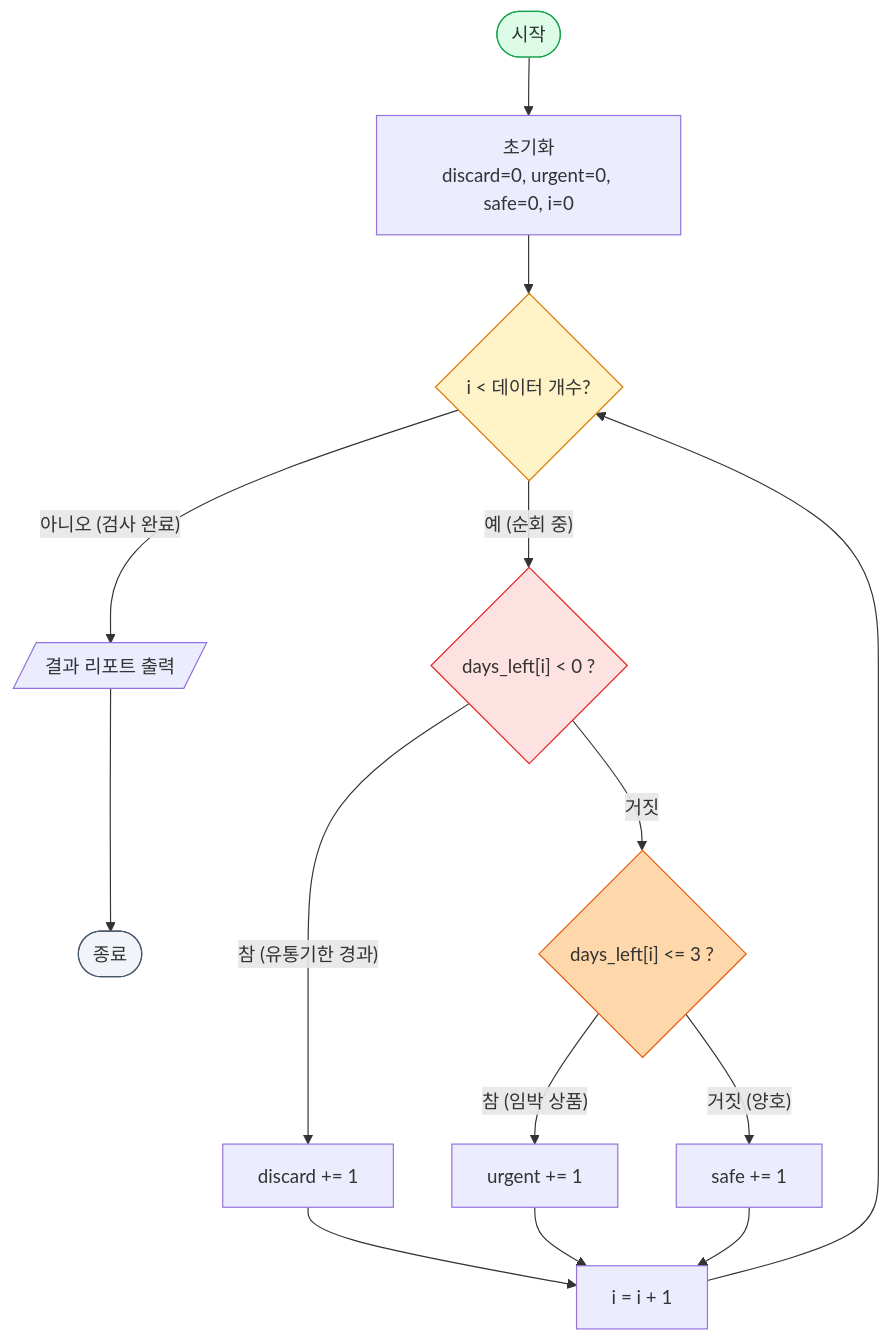
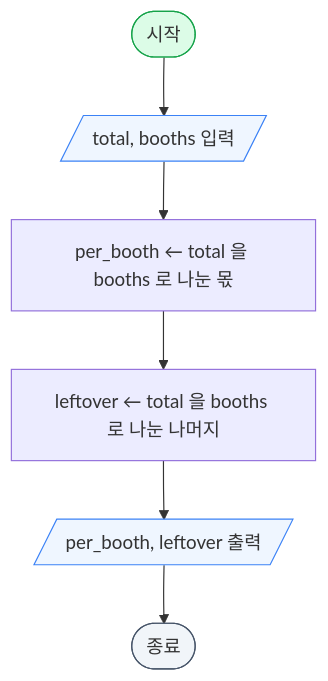
Before and after one commit to phyzikyh/computing: the fourth of 4 diagrams in 강의교재/week03_lecture.qmd, drawn with Mermaid. The commit also changed other lines of this file and 3 other files, not shown here.

````diff
--- a/강의교재/week03_lecture.qmd
+++ b/강의교재/week03_lecture.qmd
@@ -159,27 +202,13 @@
 ```{mermaid}
 flowchart TD
-    START(["시작"]) --> INIT["초기화<br/>discard=0, urgent=0, safe=0, i=0"]
-    INIT --> LOOP_COND{"i < 데이터 개수?"}
-    
-    LOOP_COND -- "아니오 (검사 완료)" --> OUTPUT[/"결과 리포트 출력"/]
-    OUTPUT --> END_NODE(["종료"])
+    S(["시작"]) --> I[/"total, booths 입력"/]
+    I --> P1["per_booth ← total 을 booths 로 나눈 몫"]
+    P1 --> P2["leftover ← total 을 booths 로 나눈 나머지"]
+    P2 --> O[/"per_booth, leftover 출력"/]
+    O --> E(["종료"])
 
-    LOOP_COND -- "예 (순회 중)" --> C_DISCARD{"days_left[i] < 0 ?"}
-    
-    C_DISCARD -- "참 (유통기한 경과)" --> ACT_DISCARD["discard += 1"]
-    C_DISCARD -- "거짓" --> C_URGENT{"days_left[i] <= 3 ?"}
-    
-    C_URGENT -- "참 (임박 상품)" --> ACT_URGENT["urgent += 1"]
-    C_URGENT -- "거짓 (양호)" --> ACT_SAFE["safe += 1"]
-    
-    ACT_DISCARD --> INC_I["i = i + 1"]
-    ACT_URGENT --> INC_I
-    ACT_SAFE --> INC_I
-    INC_I --> LOOP_COND
-
-    style START fill:#dcfce7,stroke:#16a34a
-    style END_NODE fill:#f1f5f9,stroke:#475569
-    style LOOP_COND fill:#fef3c7,stroke:#d97706
-    style C_DISCARD fill:#fee2e2,stroke:#dc2626
-    style C_URGENT fill:#fed7aa,stroke:#ea580c
+    style S fill:#dcfce7,stroke:#16a34a
+    style E fill:#f1f5f9,stroke:#475569
+    style I fill:#eff6ff,stroke:#3b82f6
+    style O fill:#eff6ff,stroke:#3b82f6
 ```
````
